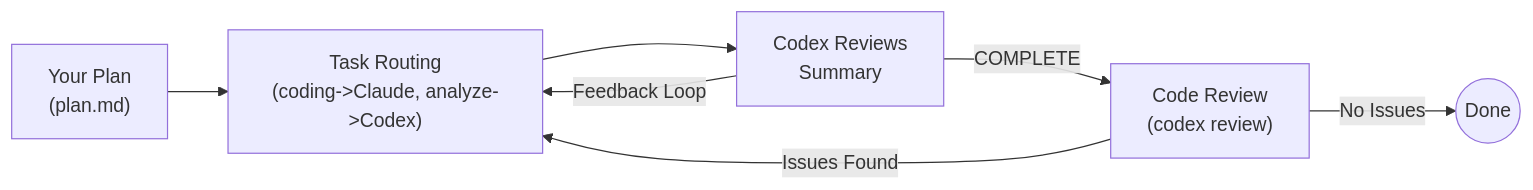
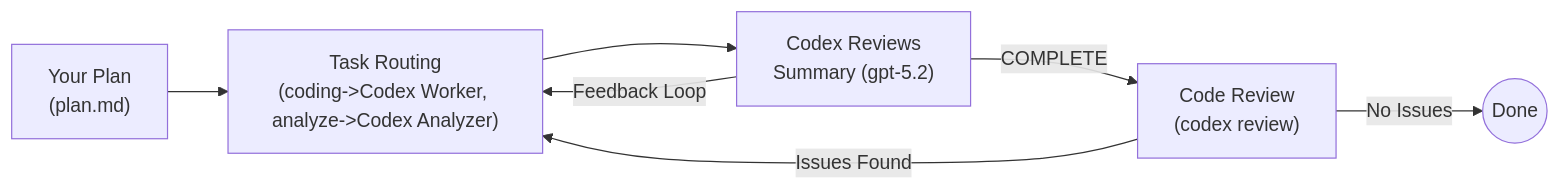
Before and after one commit to ZenusZhang/humanize: the diagram in README.md, drawn with Mermaid. The commit also changed other lines of this file and 36 other files, not shown here.

First line of the commit message:
Add codex-worker and split worker/reviewer models

````diff
--- a/README.md
+++ b/README.md
@@ -100,9 +101,9 @@
 ```mermaid
 flowchart LR
-    Plan["Your Plan<br/>(plan.md)"] --> Claude["Task Routing<br/>(coding->Claude, analyze->Codex)"]
-    Claude --> Codex["Codex Reviews<br/>Summary"]
-    Codex -->|Feedback Loop| Claude
-    Codex -->|COMPLETE| Review["Code Review<br/>(codex review)"]
-    Review -->|Issues Found| Claude
+    Plan["Your Plan<br/>(plan.md)"] --> Worker["Task Routing<br/>(coding->Codex Worker, analyze->Codex Analyzer)"]
+    Worker --> Reviewer["Codex Reviews<br/>Summary (gpt-5.2)"]
+    Reviewer -->|Feedback Loop| Worker
+    Reviewer -->|COMPLETE| Review["Code Review<br/>(codex review)"]
+    Review -->|Issues Found| Worker
     Review -->|No Issues| Done((Done))
 ```
````
